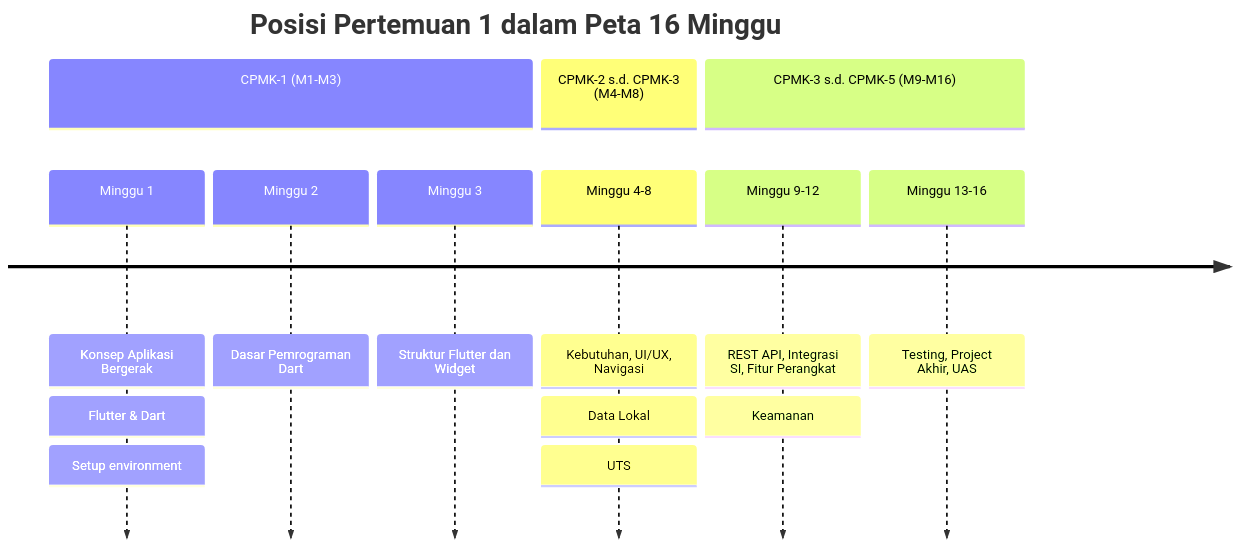
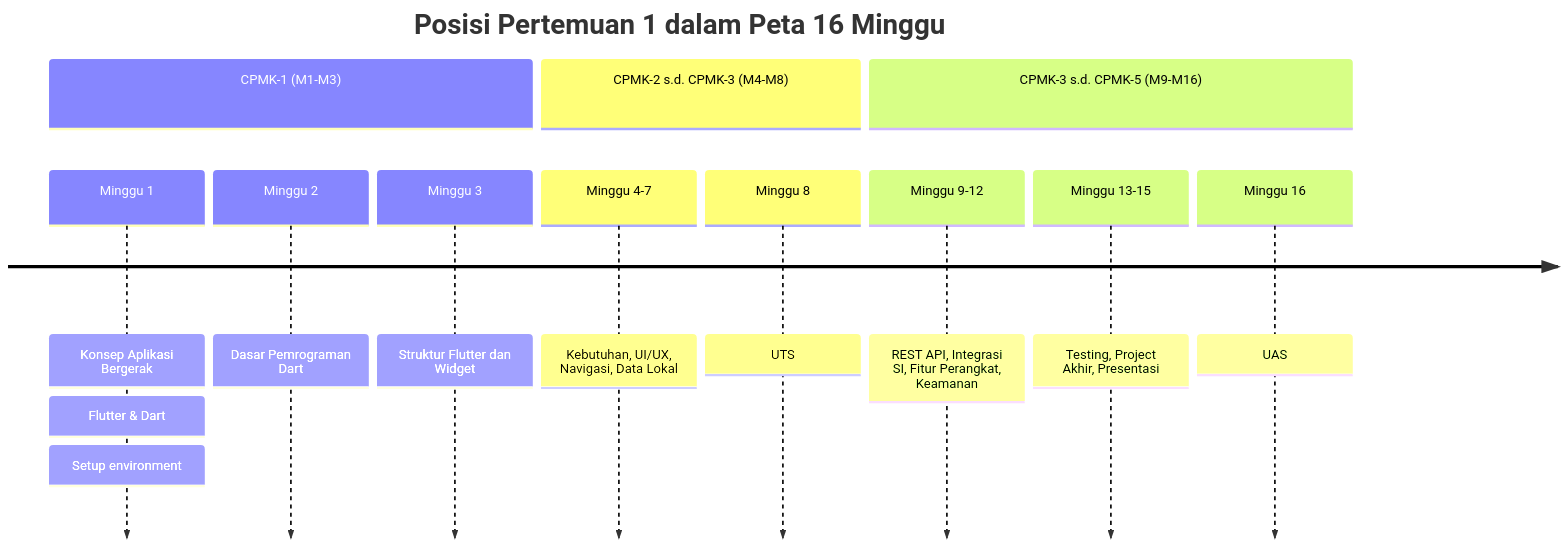
One commit to PBWFEND/PAB changed the first of 7 diagrams in pertemuan-01/01-Pertemuan-1.md. Above: the diagram before and after it, drawn with Mermaid. The commit also changed other lines of this file and 5 other files, not shown here.

````diff
--- a/pertemuan-01/01-Pertemuan-1.md
+++ b/pertemuan-01/01-Pertemuan-1.md
@@ -51,13 +51,15 @@
 ```mermaid
 timeline
     title Posisi Pertemuan 1 dalam Peta 16 Minggu
     section CPMK-1 (M1-M3)
         Minggu 1 : Konsep Aplikasi Bergerak : Flutter & Dart : Setup environment
         Minggu 2 : Dasar Pemrograman Dart
         Minggu 3 : Struktur Flutter dan Widget
     section CPMK-2 s.d. CPMK-3 (M4-M8)
-        Minggu 4-8 : Kebutuhan, UI/UX, Navigasi : Data Lokal : UTS
+        Minggu 4-7 : Kebutuhan, UI/UX, Navigasi, Data Lokal
+        Minggu 8 : UTS
     section CPMK-3 s.d. CPMK-5 (M9-M16)
-        Minggu 9-12 : REST API, Integrasi SI, Fitur Perangkat : Keamanan
-        Minggu 13-16 : Testing, Project Akhir, UAS
+        Minggu 9-12 : REST API, Integrasi SI, Fitur Perangkat, Keamanan
+        Minggu 13-15 : Testing, Project Akhir, Presentasi
+        Minggu 16 : UAS
 ```
````
